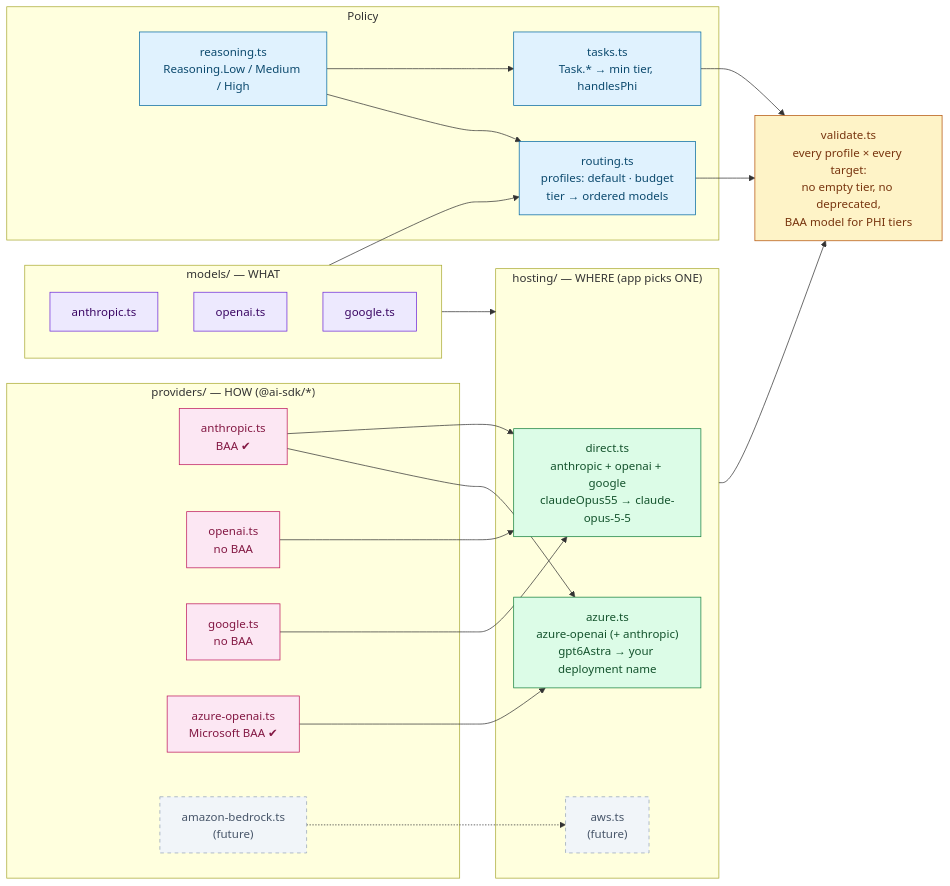
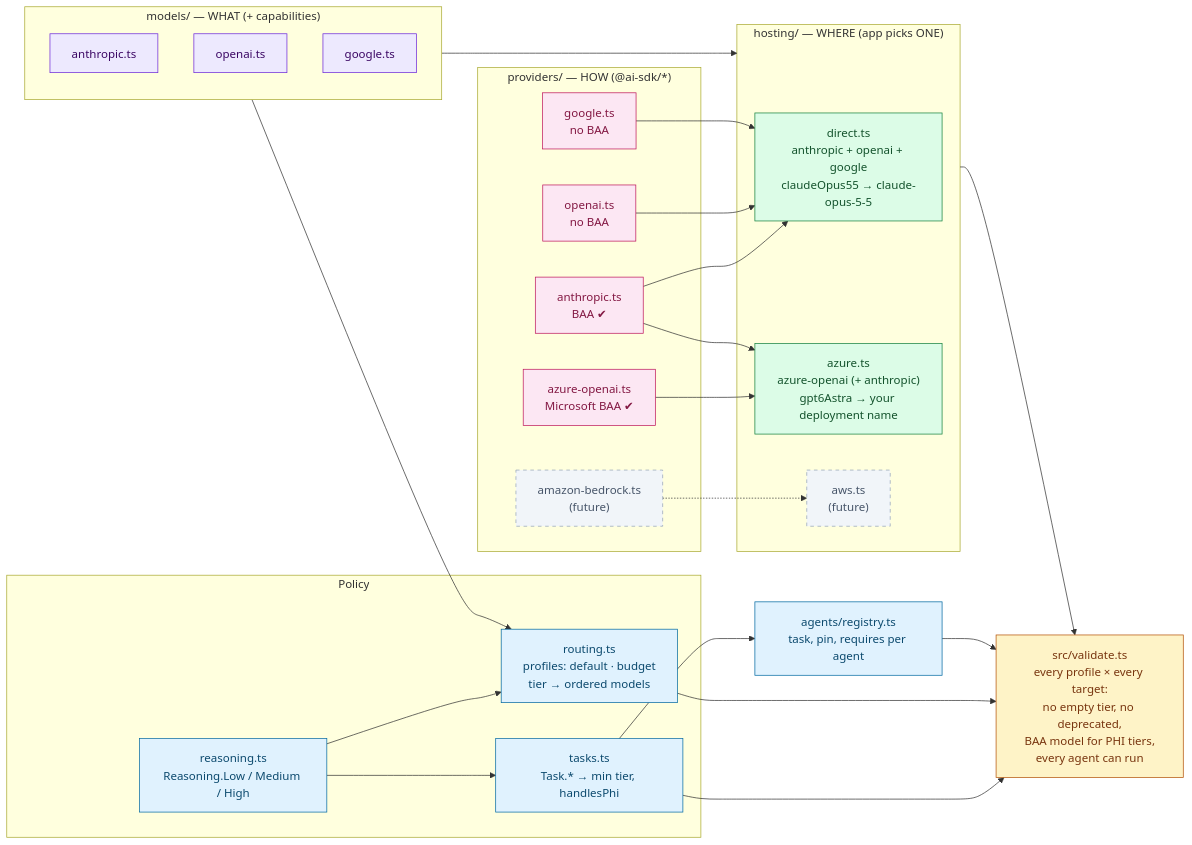
Before and after one commit to imRahul05/ASC-EHR: the second of 4 diagrams in packages/agents/README.md, drawn with Mermaid. The commit also changed other lines of this file and 34 other files, not shown here.

First line of the commit message:
feat(agents): agent definition layer, model capabilities, per-agent model pins

````diff
--- a/packages/agents/README.md
+++ b/packages/agents/README.md
@@ -43,46 +106,49 @@
 ```mermaid
 flowchart LR
     classDef policy fill:#e0f2fe,stroke:#0369a1,color:#0c4a6e
     classDef what fill:#ede9fe,stroke:#6d28d9,color:#3b0764
     classDef how fill:#fce7f3,stroke:#be185d,color:#831843
     classDef where fill:#dcfce7,stroke:#15803d,color:#14532d
     classDef future fill:#f1f5f9,stroke:#94a3b8,color:#475569,stroke-dasharray: 5 5
     classDef check fill:#fef3c7,stroke:#b45309,color:#78350f
 
     subgraph POLICY ["Policy"]
         R["reasoning.ts<br/>Reasoning.Low / Medium / High"]:::policy
         T["tasks.ts<br/>Task.* → min tier, handlesPhi"]:::policy
         RT["routing.ts<br/>profiles: default · budget<br/>tier → ordered models"]:::policy
     end
 
-    subgraph WHAT ["models/ — WHAT"]
+    subgraph WHAT ["models/ — WHAT (+ capabilities)"]
         MA["anthropic.ts"]:::what
         MO["openai.ts"]:::what
         MG["google.ts"]:::what
     end
 
     subgraph HOW ["providers/ — HOW (@ai-sdk/*)"]
         PA["anthropic.ts<br/>BAA ✔"]:::how
         PO["openai.ts<br/>no BAA"]:::how
         PG["google.ts<br/>no BAA"]:::how
         PZ["azure-openai.ts<br/>Microsoft BAA ✔"]:::how
         PB["amazon-bedrock.ts<br/>(future)"]:::future
     end
 
     subgraph WHERE ["hosting/ — WHERE (app picks ONE)"]
         HD["direct.ts<br/>anthropic + openai + google<br/>claudeOpus55 → claude-opus-5-5"]:::where
         HZ["azure.ts<br/>azure-openai (+ anthropic)<br/>gpt6Astra → your deployment name"]:::where
         HW["aws.ts<br/>(future)"]:::future
     end
 
-    V["validate.ts<br/>every profile × every target:<br/>no empty tier, no deprecated,<br/>BAA model for PHI tiers"]:::check
+    AG["agents/registry.ts<br/>task, pin, requires per agent"]:::policy
+
+    V["src/validate.ts<br/>every profile × every target:<br/>no empty tier, no deprecated,<br/>BAA model for PHI tiers,<br/>every agent can run"]:::check
 
     R --> T
     R --> RT
     WHAT --> RT
     WHAT --> WHERE
     PA & PO & PG --> HD
     PZ & PA --> HZ
     PB -.-> HW
-    T & RT & WHERE --> V
+    T --> AG
+    T & RT & WHERE & AG --> V
 ```
````
